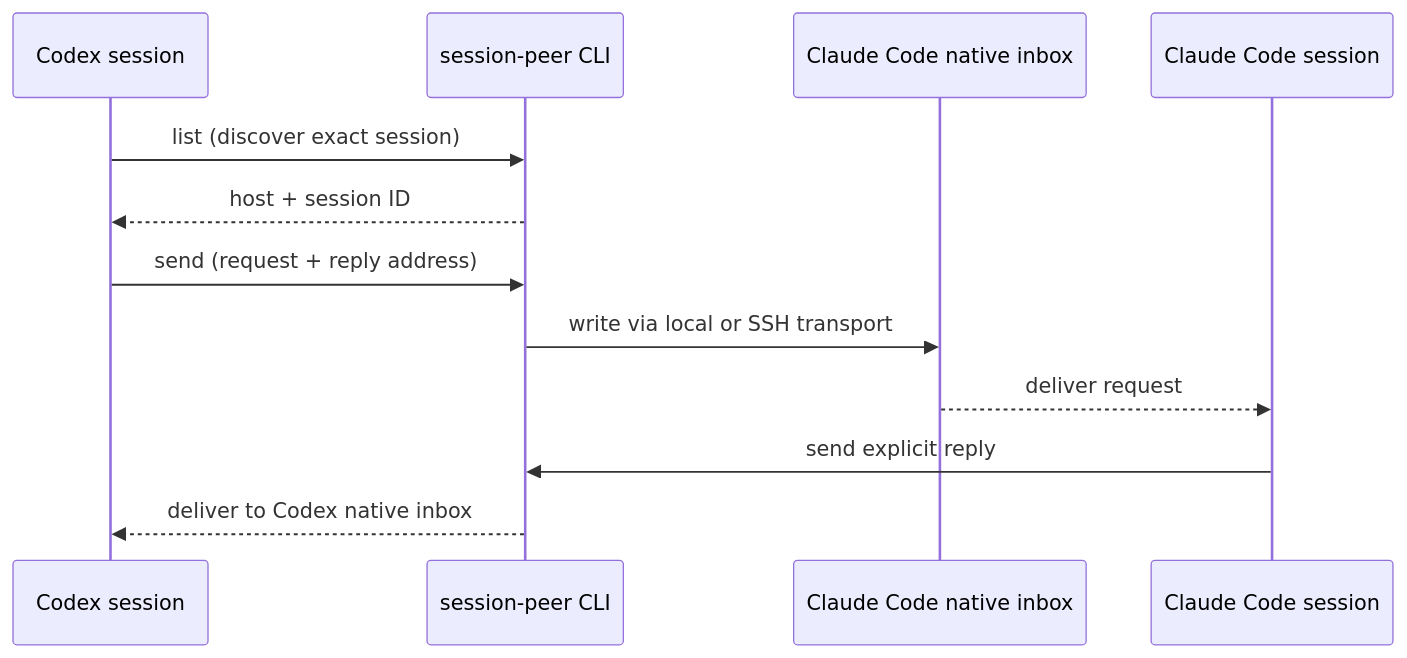
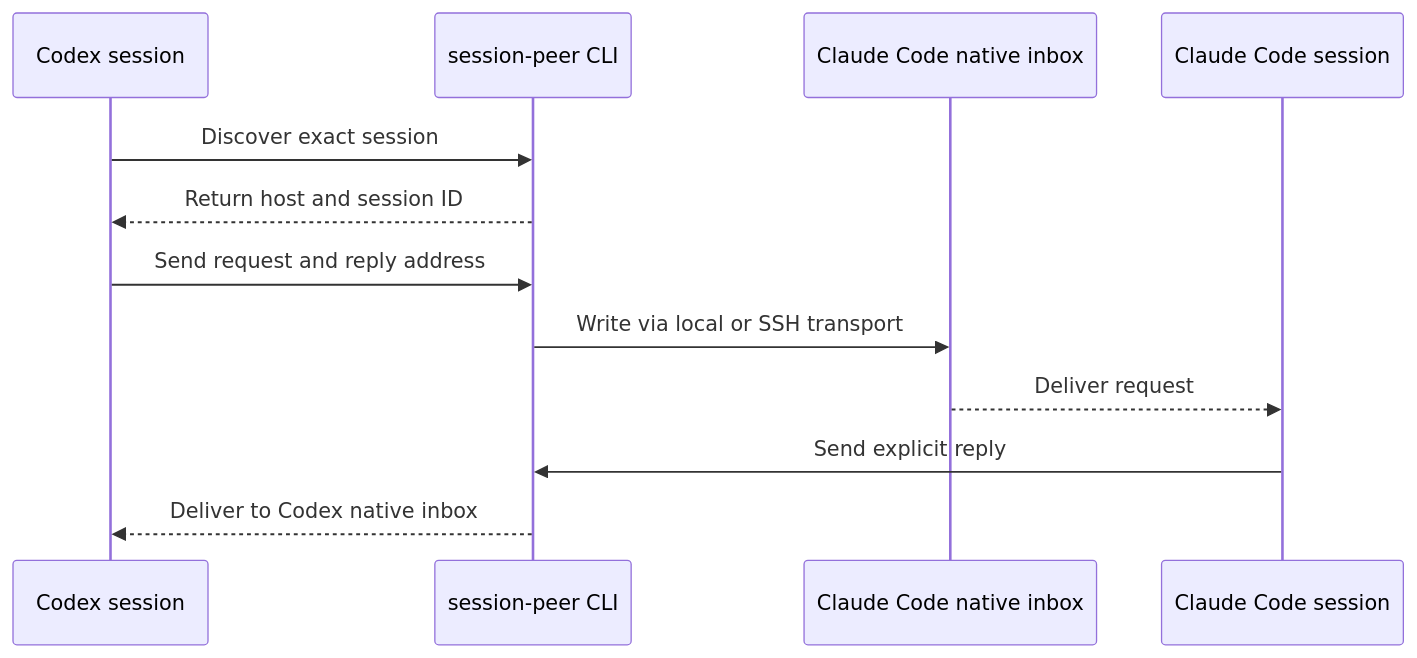
The diagram in README.md (abruption/session-peer), drawn with Mermaid before and after one commit. The commit also changed 4 other files, not shown here.

Commit message:
docs: fix Mermaid rendering on GitHub

````diff
--- a/README.md
+++ b/README.md
@@ -28,14 +28,14 @@
 ```mermaid
 sequenceDiagram
     participant C as Codex session
     participant P as session-peer CLI
     participant I as Claude Code native inbox
     participant H as Claude Code session
-    C->>P: list (discover exact session)
-    P-->>C: host + session ID
-    C->>P: send (request + reply address)
-    P->>I: write via local or SSH transport
-    I-->>H: deliver request
-    H->>P: send explicit reply
-    P-->>C: deliver to Codex native inbox
+    C->>P: Discover exact session
+    P-->>C: Return host and session ID
+    C->>P: Send request and reply address
+    P->>I: Write via local or SSH transport
+    I-->>H: Deliver request
+    H->>P: Send explicit reply
+    P-->>C: Deliver to Codex native inbox
 ```
````
